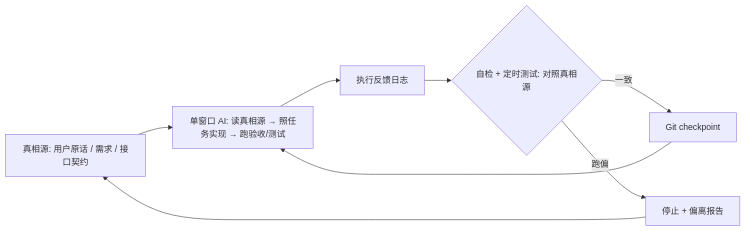
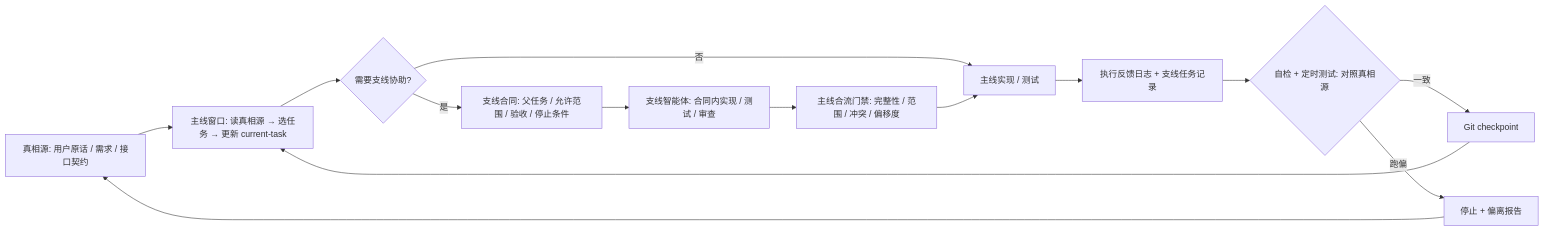
The third of 3 diagrams in templates/architecture/架构图.md (2270525352/Agent-Plan), drawn with Mermaid before and after one commit. The commit also changed other lines of this file and 22 other files, not shown here.

````diff
--- a/templates/architecture/架构图.md
+++ b/templates/architecture/架构图.md
@@ -36,10 +36,16 @@
 ```mermaid
 flowchart LR
-  Truth["真相源: 用户原话 / 需求 / 接口契约"] --> AI["单窗口 AI: 读真相源 → 照任务实现 → 跑验收/测试"]
-  AI --> Feedback["执行反馈日志"]
+  Truth["真相源: 用户原话 / 需求 / 接口契约"] --> Main["主线窗口: 读真相源 → 选任务 → 更新 current-task"]
+  Main --> Side{"需要支线协助?"}
+  Side -->|否| Work["主线实现 / 测试"]
+  Side -->|是| Contract["支线合同: 父任务 / 允许范围 / 验收 / 停止条件"]
+  Contract --> Helper["支线智能体: 合同内实现 / 测试 / 审查"]
+  Helper --> Merge["主线合流门禁: 完整性 / 范围 / 冲突 / 偏移度"]
+  Merge --> Work
+  Work --> Feedback["执行反馈日志 + 支线任务记录"]
   Feedback --> Check{"自检 + 定时测试: 对照真相源"}
   Check -->|一致| Commit["Git checkpoint"]
   Check -->|跑偏| Stop["停止 + 偏离报告"]
   Stop --> Truth
-  Commit --> AI
+  Commit --> Main
 ```
````
